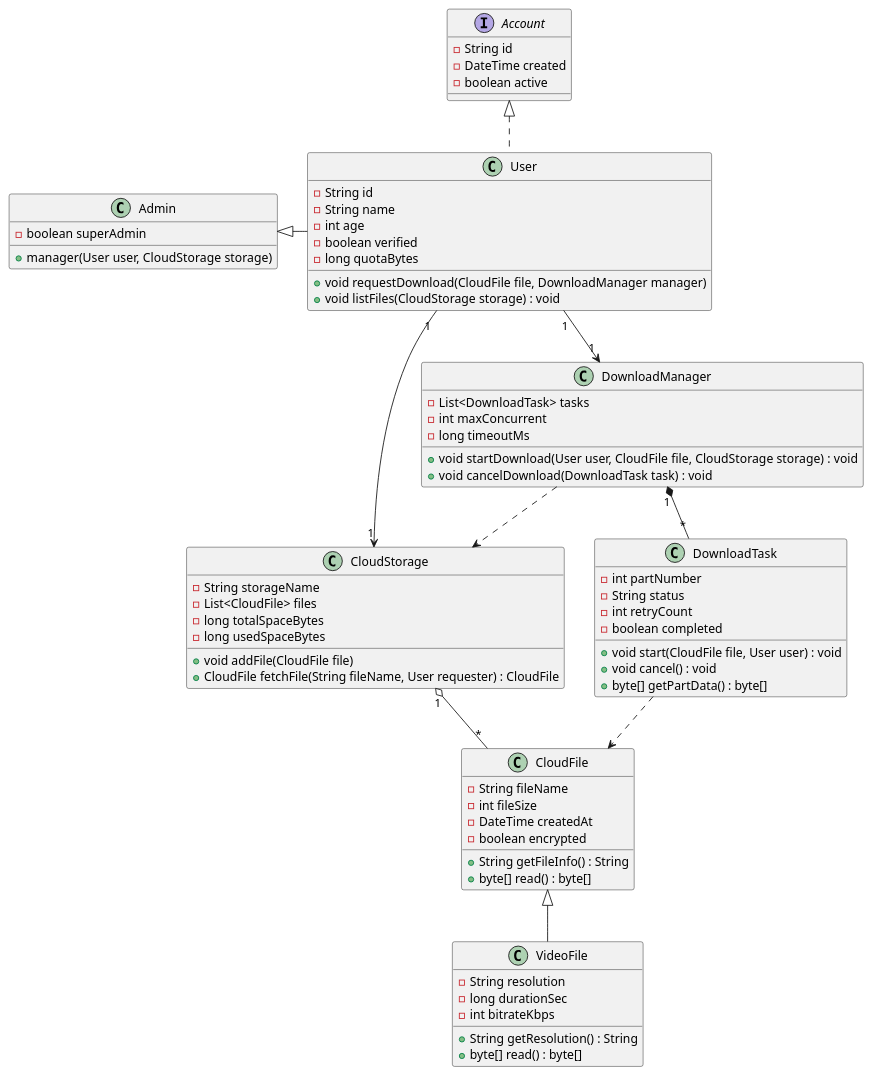
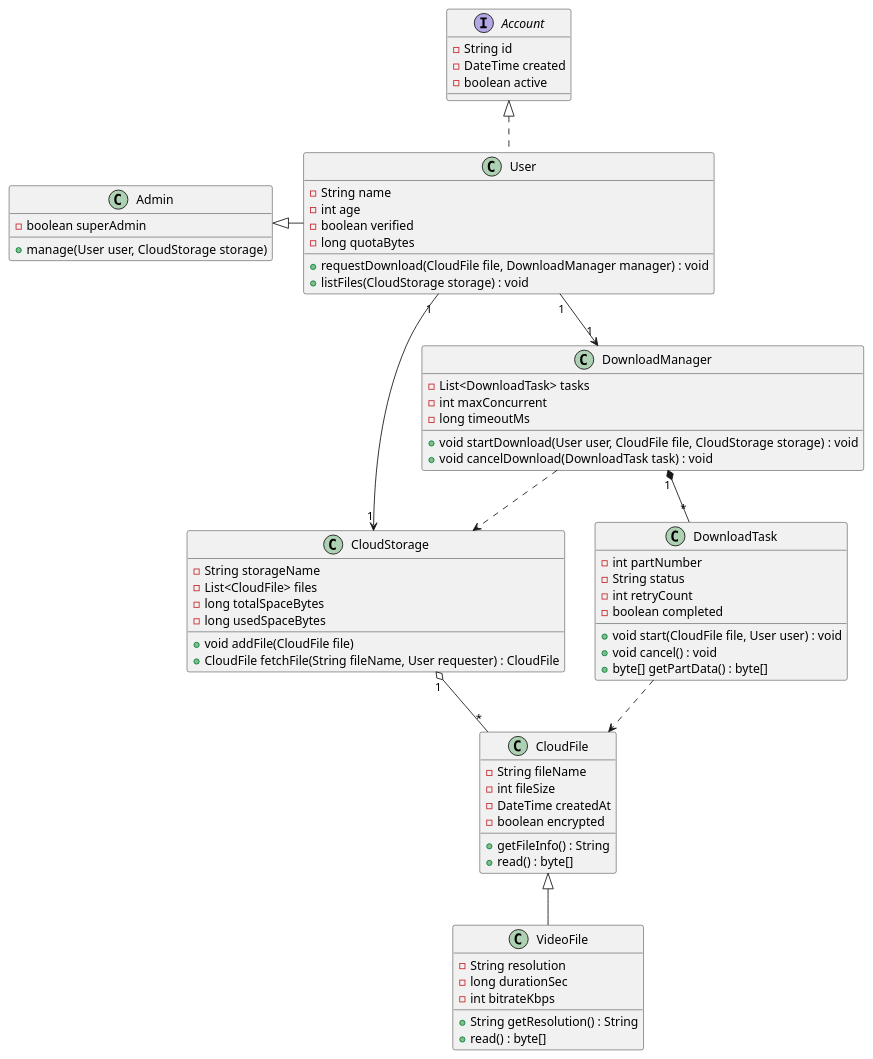
The diagram in 4/tp/lab3/lab.puml (qwonix/guap), drawn with PlantUML before and after one commit. The commit also changed other lines of this file and 3 other files, not shown here.

```diff
--- a/4/tp/lab3/lab.puml
+++ b/4/tp/lab3/lab.puml
@@ -1,92 +1,91 @@
 @startuml
 ' Диаграмма классов — процесс скачивания файла из облачного хранилища
 
 ' --- Классы и интерфейс ---
 interface Account {
   - String id
   - DateTime created
   - boolean active
 }
 
 class Admin {
-  + manager(User user, CloudStorage storage)
+  + manage(User user, CloudStorage storage)
   - boolean superAdmin
 }
 
 class User {
-  - String id
   - String name
   - int age
   - boolean verified
   - long quotaBytes
-  + void requestDownload(CloudFile file, DownloadManager manager)
-  + void listFiles(CloudStorage storage) : void
+  + requestDownload(CloudFile file, DownloadManager manager) : void
+  + listFiles(CloudStorage storage) : void
 }
 
 class CloudFile {
   - String fileName
   - int fileSize
   - DateTime createdAt
   - boolean encrypted
-  + String getFileInfo() : String
-  + byte[] read() : byte[]
+  + getFileInfo() : String
+  + read() : byte[]
 }
 
 class VideoFile {
   - String resolution
   - long durationSec
   - int bitrateKbps
   + String getResolution() : String
-  + byte[] read() : byte[]
+  + read() : byte[]
 }
 
 class CloudStorage {
   - String storageName
   - List<CloudFile> files
   - long totalSpaceBytes
   - long usedSpaceBytes
   + void addFile(CloudFile file)
   + CloudFile fetchFile(String fileName, User requester) : CloudFile
 }
 
 class DownloadManager {
   - List<DownloadTask> tasks
   - int maxConcurrent
   - long timeoutMs
   + void startDownload(User user, CloudFile file, CloudStorage storage) : void
   + void cancelDownload(DownloadTask task) : void
 }
 
 class DownloadTask {
   - int partNumber
   - String status
   + void start(CloudFile file, User user) : void
   + void cancel() : void
   + byte[] getPartData() : byte[]
   - int retryCount
   - boolean completed
 }
 
 ' --- Отношения ---
 ' Обобщение (наследование)
 Admin <|- User
 CloudFile <|-- VideoFile
 
 ' Ассоциация: User использует DownloadManager (метод requestDownload)
 User "1" --> "1" DownloadManager
 User "1" --> "1" CloudStorage
 
 ' Агрегация: CloudStorage агрегирует CloudFile (файлы существуют независимо)
 CloudStorage "1" o-- "*" CloudFile
 
 ' Композиция: DownloadManager композитно содержит DownloadTask (жизненный цикл задач внутри менеджера)
 DownloadManager "1" *-- "*" DownloadTask
 
 ' Зависимости (пунктирные): методы используют другие классы в параметрах
 DownloadManager ..> CloudStorage
 DownloadTask ..> CloudFile
 
 ' Реализация
 Account <|.. User
 
 @enduml
```
